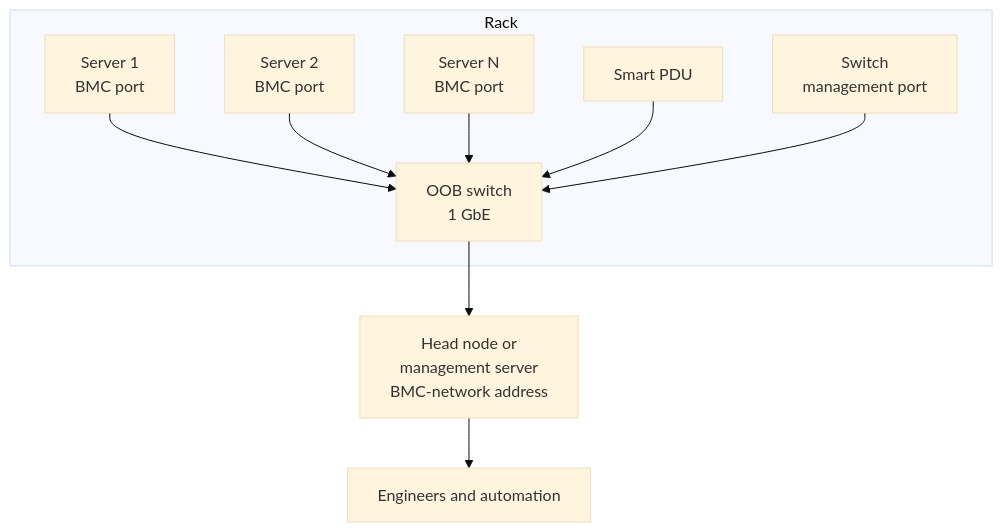
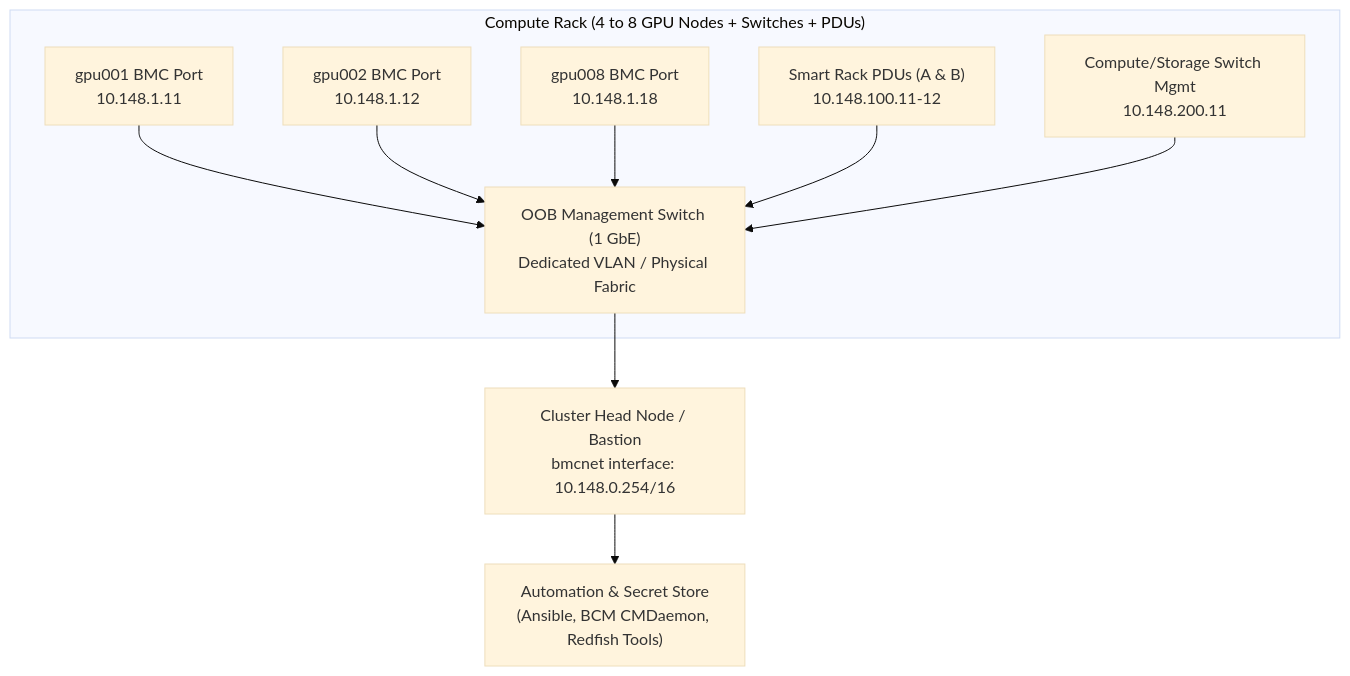
One commit to jithinpnjm/ai-infra-handbook changed the third of 3 diagrams in docs/part-07-redfish-bmc/01-bmcs-ipmi-and-out-of-band-management.md. Above: the diagram before and after it, drawn with Mermaid (base theme). The commit also changed other lines of this file and 6 other files, not shown here.

````diff
--- a/docs/part-07-redfish-bmc/01-bmcs-ipmi-and-out-of-band-management.md
+++ b/docs/part-07-redfish-bmc/01-bmcs-ipmi-and-out-of-band-management.md
@@ -116,18 +165,14 @@
 ```mermaid
 flowchart TB
-    subgraph RACK["Rack"]
-        N1["Server 1<br/>BMC port"]
-        N2["Server 2<br/>BMC port"]
-        N3["Server N<br/>BMC port"]
-        PDU["Smart PDU"]
-        SW["Switch<br/>management port"]
-        OOB["OOB switch<br/>1 GbE"]
-        N1 --> OOB
-        N2 --> OOB
-        N3 --> OOB
-        PDU --> OOB
-        SW --> OOB
+    subgraph RACK["Compute Rack (4 to 8 GPU Nodes + Switches + PDUs)"]
+        N1["gpu001 BMC Port<br/>10.148.1.11"]
+        N2["gpu002 BMC Port<br/>10.148.1.12"]
+        NN["gpu008 BMC Port<br/>10.148.1.18"]
+        PDU["Smart Rack PDUs (A & B)<br/>10.148.100.11-12"]
+        TOR["Compute/Storage Switch Mgmt<br/>10.148.200.11"]
+        OOB["OOB Management Switch (1 GbE)<br/>Dedicated VLAN / Physical Fabric"]
+        N1 & N2 & NN & PDU & TOR --> OOB
     end
-    OOB --> HEAD["Head node or<br/>management server<br/>BMC-network address"]
-    HEAD --> ENG["Engineers and automation"]
+    OOB --> HEAD["Cluster Head Node / Bastion<br/>bmcnet interface: 10.148.0.254/16"]
+    HEAD --> VAULT["Automation & Secret Store<br/>(Ansible, BCM CMDaemon, Redfish Tools)"]
 ```
````
